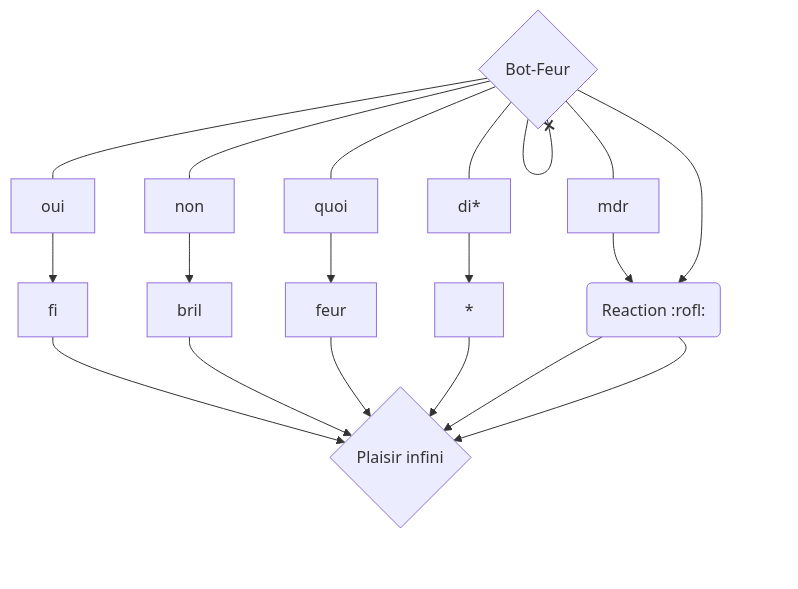
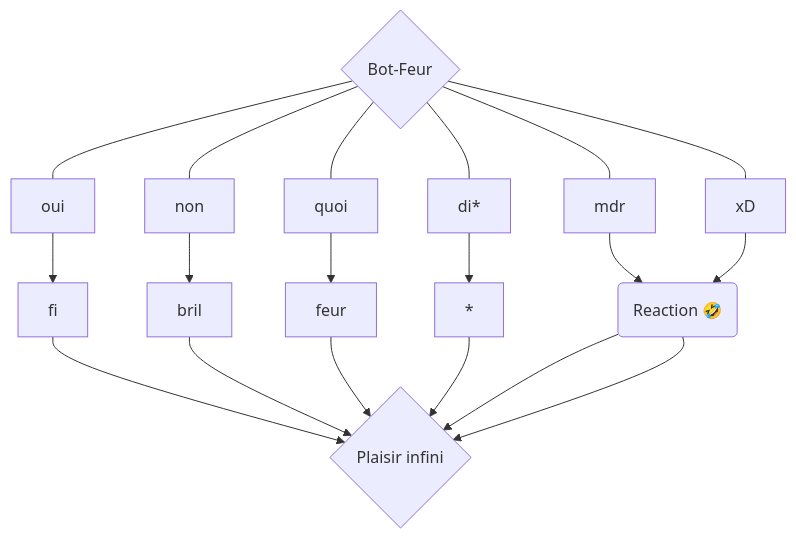
One commit to F9mc/Bot-Feur changed the diagram in README.md. Above: the diagram before and after it, drawn with Mermaid.

````diff
--- a/README.md
+++ b/README.md
@@ -19,9 +19,9 @@
 ```mermaid
     graph TB
     D{Bot-Feur}---a[oui]-->fi-->c{Plaisir infini}
     D{Bot-Feur}---non-->bril-->c{Plaisir infini}
     D{Bot-Feur}---quoi-->feur-->c{Plaisir infini}
     D{Bot-Feur}---di*-->*-->c{Plaisir infini}
-    D{Bot-Feur}---mdr-->b(Reaction :rofl:)-->c{Plaisir infini}
-    D{Bot-Feur}---xD-->b(Reaction :rofl:)-->c{Plaisir infini}
+    D{Bot-Feur}---mdr-->b(Reaction 🤣)-->c{Plaisir infini}
+    D{Bot-Feur}---e[xD]-->b(Reaction 🤣)-->c{Plaisir infini}
 ```
````
